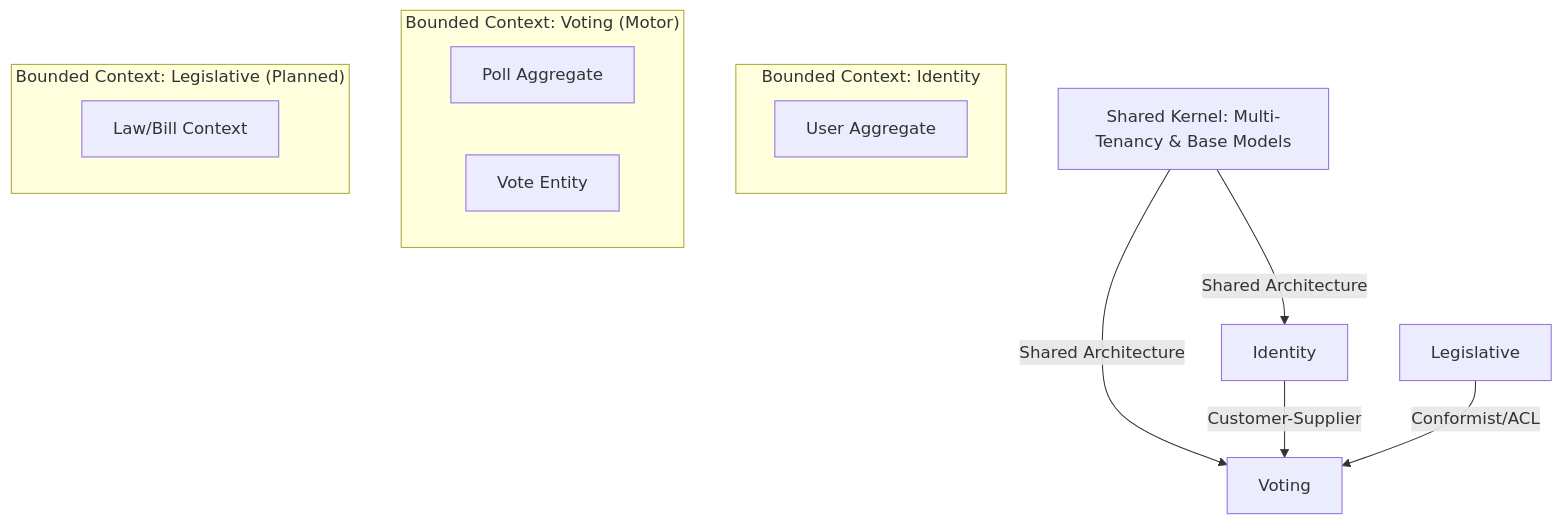
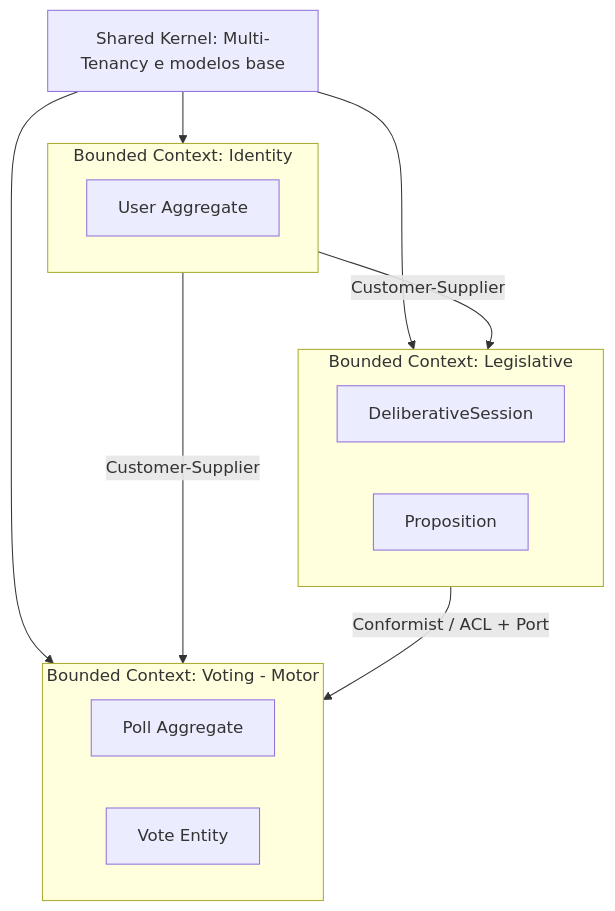
Before and after one commit to luanscar/ddd-clean-arch: the first of 2 diagrams in DOMAIN.md, drawn with Mermaid. The commit also changed other lines of this file and 40 other files, not shown here.

First line of the commit message:
feat(legislative,voting): sessões deliberativas, pauta e alteração de voto

````diff
--- a/DOMAIN.md
+++ b/DOMAIN.md
@@ -20,23 +20,26 @@
 ```mermaid
 graph TD
-    SK[Shared Kernel: Multi-Tenancy & Base Models]
-    
-    subgraph "Bounded Context: Identity"
+    SK[Shared Kernel: Multi-Tenancy e modelos base]
+
+    subgraph identityCtx [Bounded Context: Identity]
         User[User Aggregate]
     end
 
-    subgraph "Bounded Context: Voting (Motor)"
+    subgraph votingCtx [Bounded Context: Voting - Motor]
         Poll[Poll Aggregate]
-        Vote[Vote Entity]
+        VoteEnt[Vote Entity]
     end
 
-    subgraph "Bounded Context: Legislative (Planned)"
-        Law[Law/Bill Context]
+    subgraph legislativeCtx [Bounded Context: Legislative]
+        DS[DeliberativeSession]
+        Prop[Proposition]
     end
 
-    SK -- "Shared Architecture" --> Identity
-    SK -- "Shared Architecture" --> Voting
-    
-    Identity -- "Customer-Supplier" --> Voting
-    Legislative -- "Conformist/ACL" --> Voting
+    SK --> identityCtx
+    SK --> votingCtx
+    SK --> legislativeCtx
+
+    identityCtx -->|Customer-Supplier| votingCtx
+    identityCtx -->|Customer-Supplier| legislativeCtx
+    legislativeCtx -->|Conformist / ACL + Port| votingCtx
 ```
````
